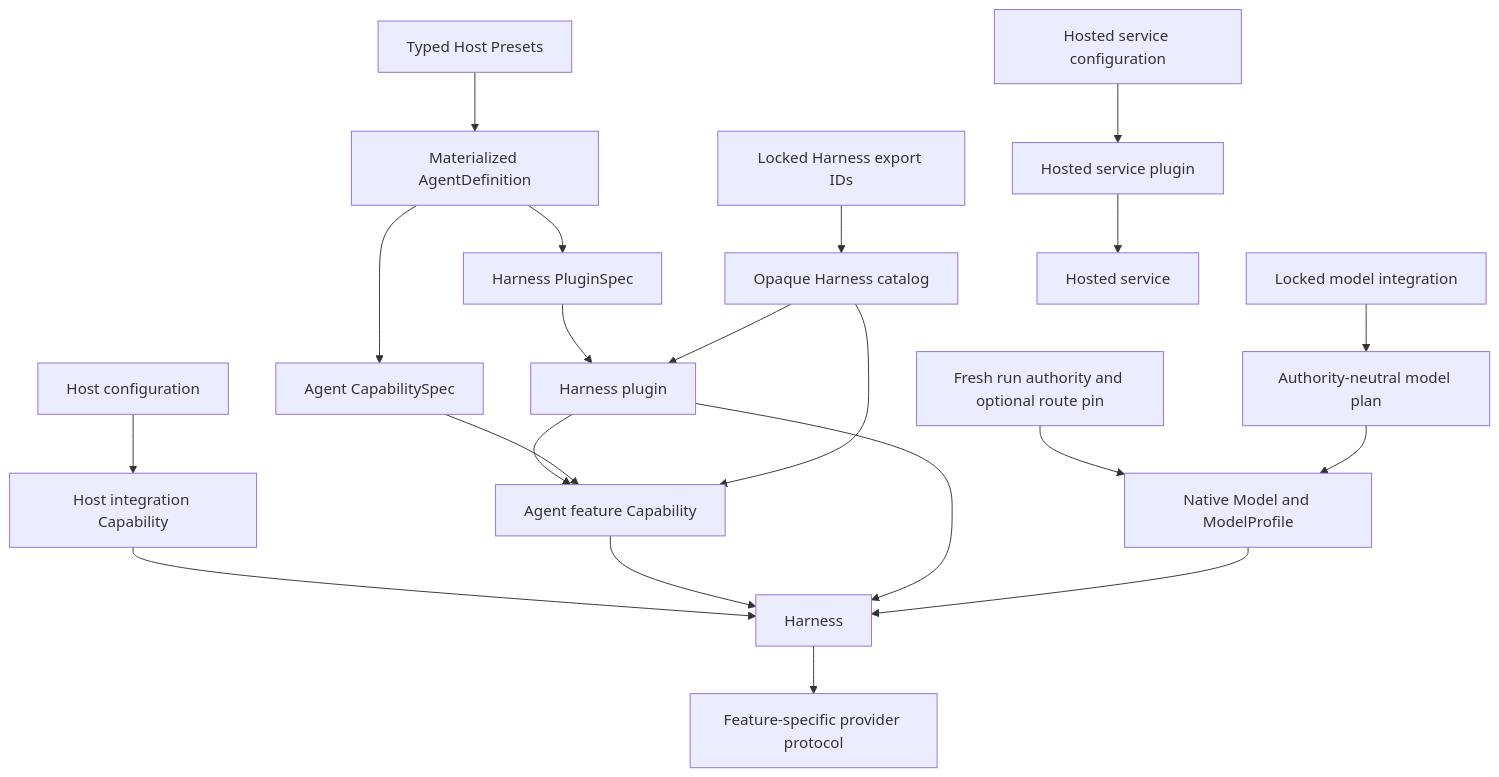
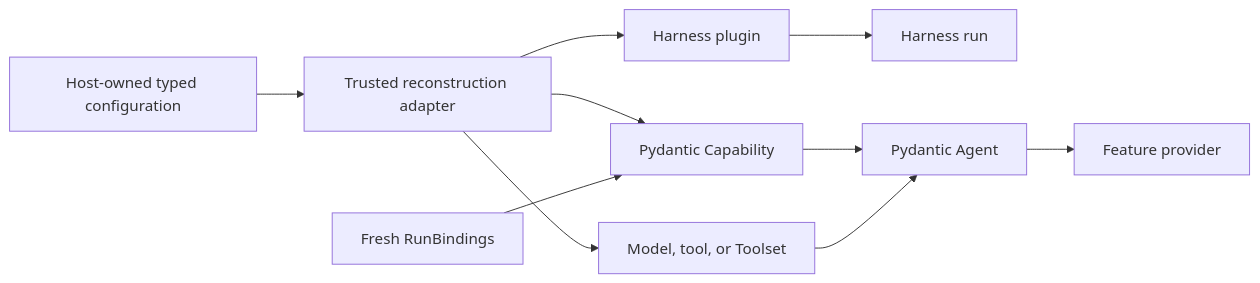
One commit to LTThreeComma/agent-foundation changed the third of 4 diagrams in spec/README.md. Above: the diagram before and after it, drawn with Mermaid. The commit also changed other lines of this file and 31 other files, not shown here.

````diff
--- a/spec/README.md
+++ b/spec/README.md
@@ -181,23 +176,11 @@
 ```mermaid
-flowchart TB
-    Presets[Typed Host Presets] --> Definition[Materialized AgentDefinition]
-    Definition --> PluginSpec[Harness PluginSpec]
-    ExportIDs[Locked Harness export IDs] --> PluginCatalog[Opaque Harness catalog]
-    PluginCatalog --> HarnessPlugin[Harness plugin]
-    PluginSpec --> HarnessPlugin
-    Definition --> AgentSpec[Agent CapabilitySpec]
-    PluginCatalog --> AgentCap[Agent feature Capability]
-    AgentSpec --> AgentCap
-    HarnessPlugin --> AgentCap
-    ModelCatalog[Locked model integration] --> ModelPlan[Authority-neutral model plan]
-    ModelPlan --> NativeModel[Native Model and ModelProfile]
-    RunAuthority[Fresh run authority and optional route pin] --> NativeModel
-    NativeModel --> Harness
-    HostConfig[Host configuration] --> HostCap[Host integration Capability]
-    ServiceConfig[Hosted service configuration] --> ServicePlugin[Hosted service plugin]
-    HarnessPlugin --> Harness
-    AgentCap --> Harness
-    HostCap --> Harness
-    ServicePlugin --> Service[Hosted service]
-    Harness --> Provider[Feature-specific provider protocol]
+flowchart LR
+    HostConfig[Host-owned typed configuration] --> Adapter[Trusted reconstruction adapter]
+    Adapter --> Plugin[Harness plugin]
+    Adapter --> Capability[Pydantic Capability]
+    Adapter --> Native[Model, tool, or Toolset]
+    RunAuthority[Fresh RunBindings] --> Capability
+    Plugin --> Harness[Harness run]
+    Capability & Native --> Agent[Pydantic Agent]
+    Agent --> Provider[Feature provider]
 ```
````
